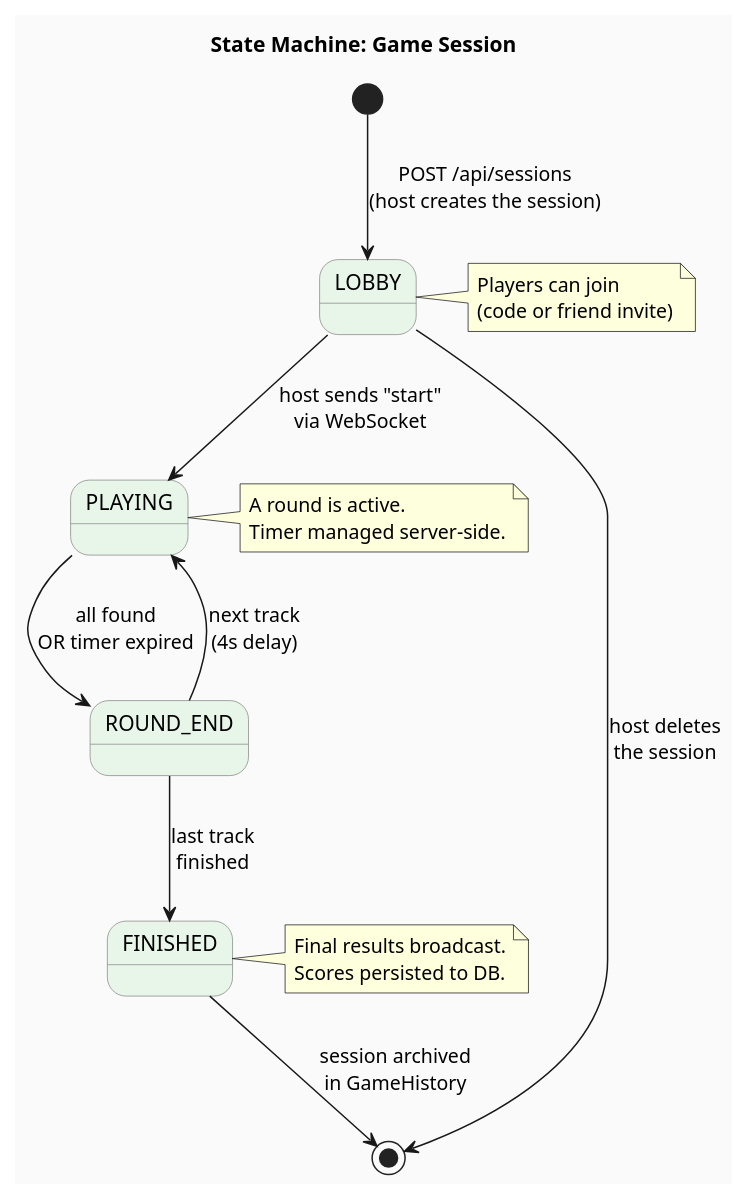
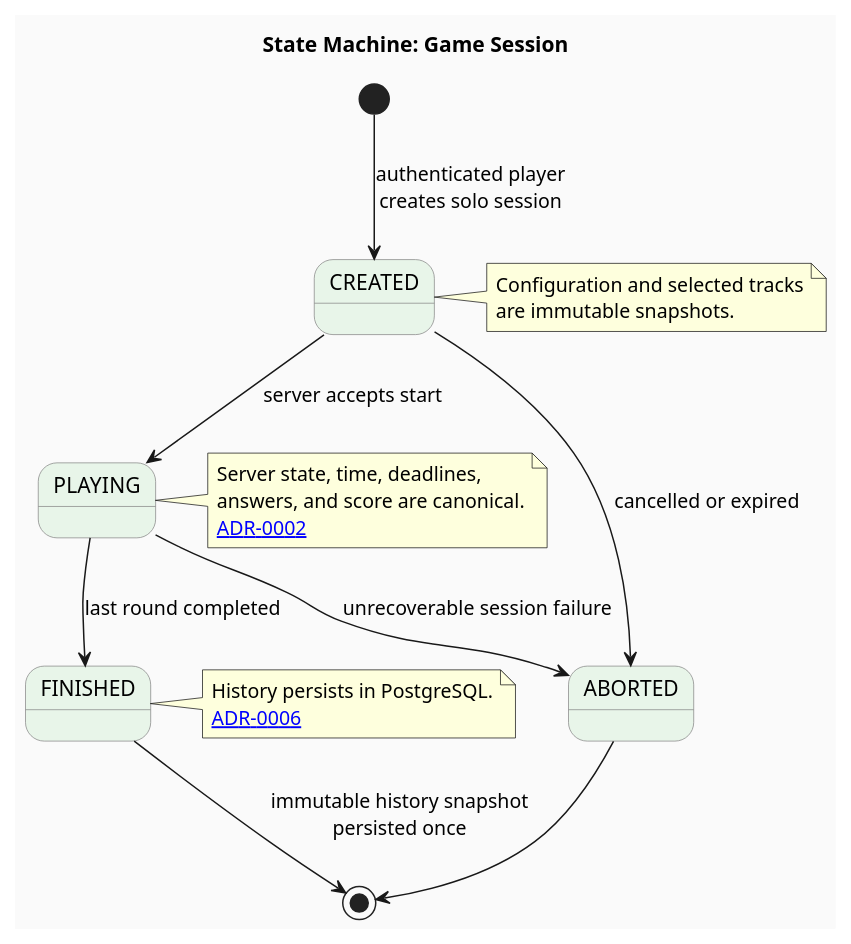
Before and after one commit to CyprienJ/blindTest: the first of 4 diagrams in docs/diagrams/03-etats.puml, drawn with PlantUML. The commit also changed other lines of this file and 12 other files, not shown here.

Commit message:
FND-06 — Record core architecture decisions

```diff
--- a/docs/diagrams/03-etats.puml
+++ b/docs/diagrams/03-etats.puml
@@ -1,40 +1,40 @@
 @startuml States - Game Session
+' Decision: ADR-0002 makes these transitions server-authoritative.
 title State Machine: Game Session
 skinparam backgroundColor #FAFAFA
 skinparam state {
   BorderColor #888888
   BackgroundColor #E8F5E9
   StartColor #4CAF50
   EndColor #4CAF50
 }
 
-[*] --> LOBBY : POST /api/sessions\n(host creates the session)
+[*] --> CREATED : authenticated player\ncreates solo session
 
-LOBBY --> PLAYING : host sends "start"\nvia WebSocket
+CREATED --> PLAYING : server accepts start
 
-LOBBY --> [*] : host deletes\nthe session
+CREATED --> ABORTED : cancelled or expired
 
-PLAYING --> ROUND_END : all found\nOR timer expired
+PLAYING --> FINISHED : last round completed
+PLAYING --> ABORTED : unrecoverable session failure
 
-ROUND_END --> PLAYING : next track\n(4s delay)
+FINISHED --> [*] : immutable history snapshot\npersisted once
+ABORTED --> [*]
 
-ROUND_END --> FINISHED : last track\nfinished
-
-FINISHED --> [*] : session archived\nin GameHistory
-
-note right of LOBBY
-  Players can join
-  (code or friend invite)
+note right of CREATED
+  Configuration and selected tracks
+  are immutable snapshots.
 end note
 
 note right of PLAYING
-  A round is active.
-  Timer managed server-side.
+  Server state, time, deadlines,
+  answers, and score are canonical.
+  [[../adr/0002-server-authoritative-sessions.md ADR-0002]]
 end note
 
 note right of FINISHED
-  Final results broadcast.
-  Scores persisted to DB.
+  History persists in PostgreSQL.
+  [[../adr/0006-postgresql-history-snapshots.md ADR-0006]]
 end note
 
 @enduml
```
